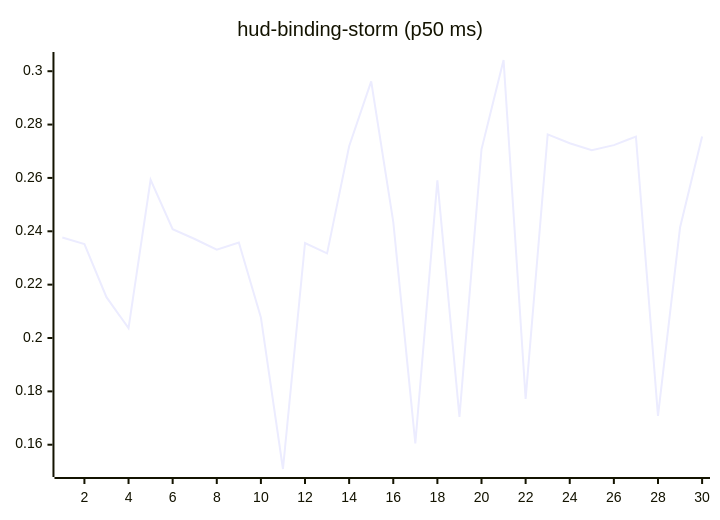
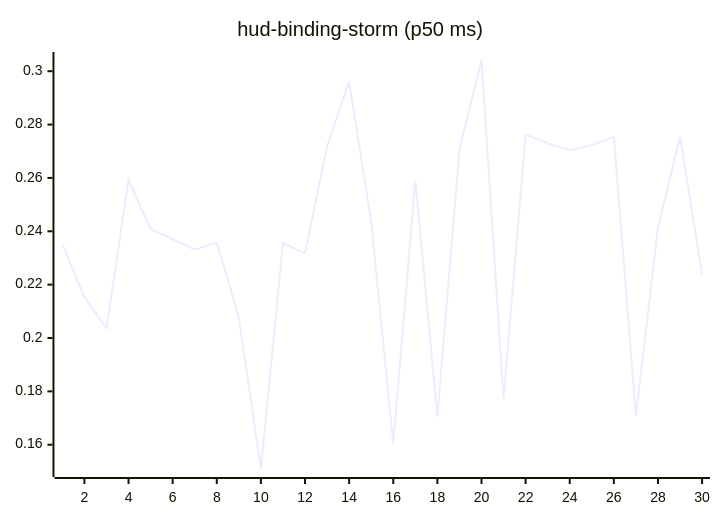
One commit to josha/Facet changed the tenth of 27 diagrams in README.md. Above: the diagram before and after it, drawn with Mermaid. The commit also changed other lines of this file and 2 other files, not shown here.

````diff
--- a/README.md
+++ b/README.md
@@ -126,6 +126,6 @@
 ```mermaid
 xychart-beta
     title "hud-binding-storm (p50 ms)"
     x-axis 1 --> 30
-    line [0.2377, 0.2352, 0.2153, 0.2037, 0.2593, 0.2408, 0.2371, 0.2331, 0.2358, 0.2077, 0.1509, 0.2356, 0.2317, 0.2719, 0.2962, 0.2435, 0.1605, 0.2591, 0.1704, 0.2707, 0.3042, 0.1772, 0.2763, 0.2730, 0.2704, 0.2723, 0.2755, 0.1708, 0.2414, 0.2755]
+    line [0.2352, 0.2153, 0.2037, 0.2593, 0.2408, 0.2371, 0.2331, 0.2358, 0.2077, 0.1509, 0.2356, 0.2317, 0.2719, 0.2962, 0.2435, 0.1605, 0.2591, 0.1704, 0.2707, 0.3042, 0.1772, 0.2763, 0.2730, 0.2704, 0.2723, 0.2755, 0.1708, 0.2414, 0.2755, 0.2237]
 ```
````
